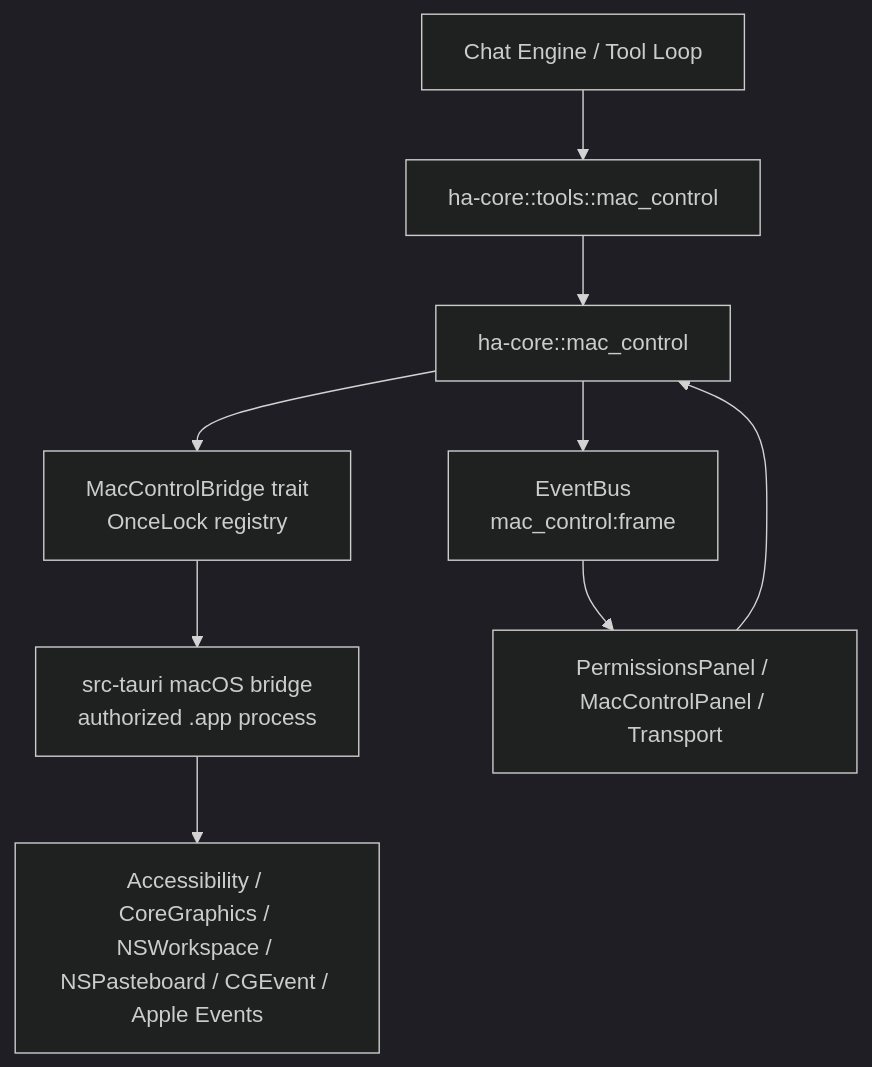
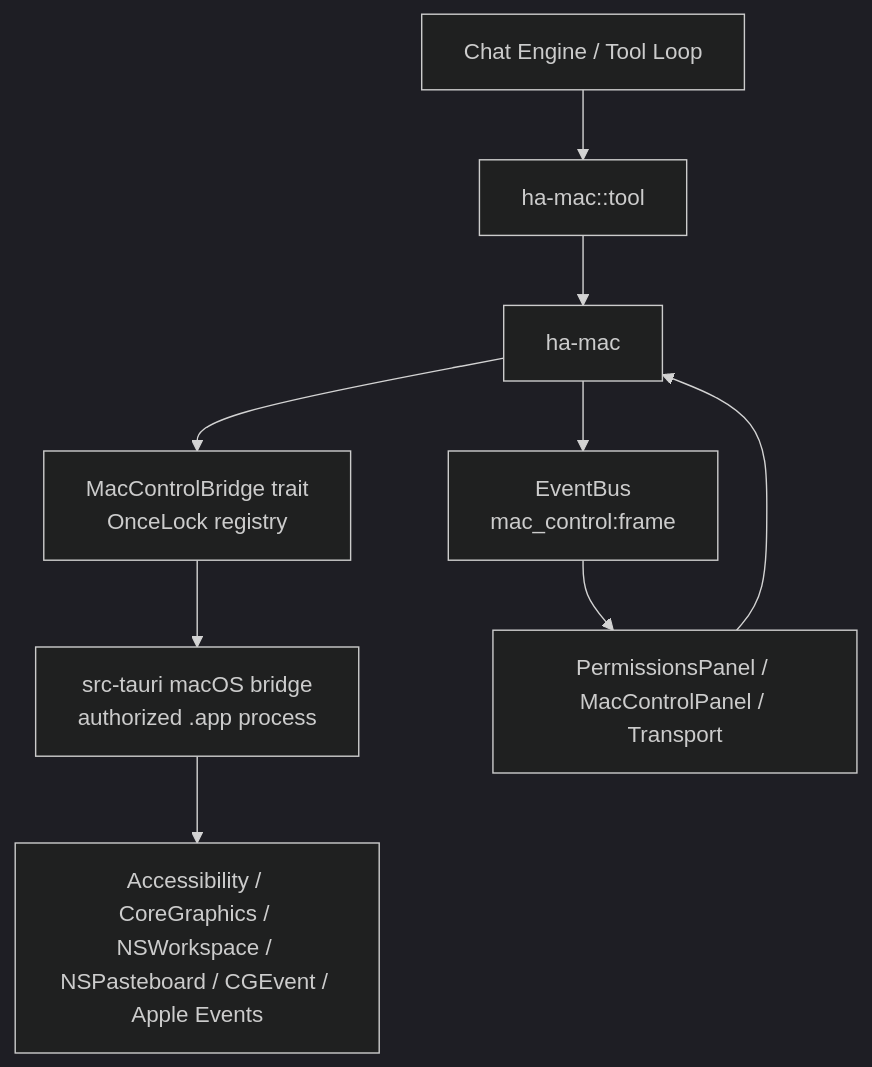
The diagram in docs/architecture/macos-control.md (shiwenwen/hope-agent), drawn with Mermaid (dark theme) before and after one commit. The commit also changed other lines of this file and 38 other files, not shown here.

````diff
--- a/docs/architecture/macos-control.md
+++ b/docs/architecture/macos-control.md
@@ -45,20 +45,20 @@
 ```mermaid
 graph TD
     Agent["Chat Engine / Tool Loop"]
-    Tool["ha-core::tools::mac_control"]
-    Core["ha-core::mac_control"]
+    Tool["ha-mac::tool"]
+    Core["ha-mac"]
     Bridge["MacControlBridge trait<br/>OnceLock registry"]
     Desktop["src-tauri macOS bridge<br/>authorized .app process"]
     Native["Accessibility / CoreGraphics / NSWorkspace / NSPasteboard / CGEvent / Apple Events"]
     EventBus["EventBus<br/>mac_control:frame"]
     Frontend["PermissionsPanel / MacControlPanel / Transport"]
 
     Agent --> Tool
     Tool --> Core
     Core --> Bridge
     Bridge --> Desktop
     Desktop --> Native
     Core --> EventBus
     EventBus --> Frontend
     Frontend --> Core
 ```
````
